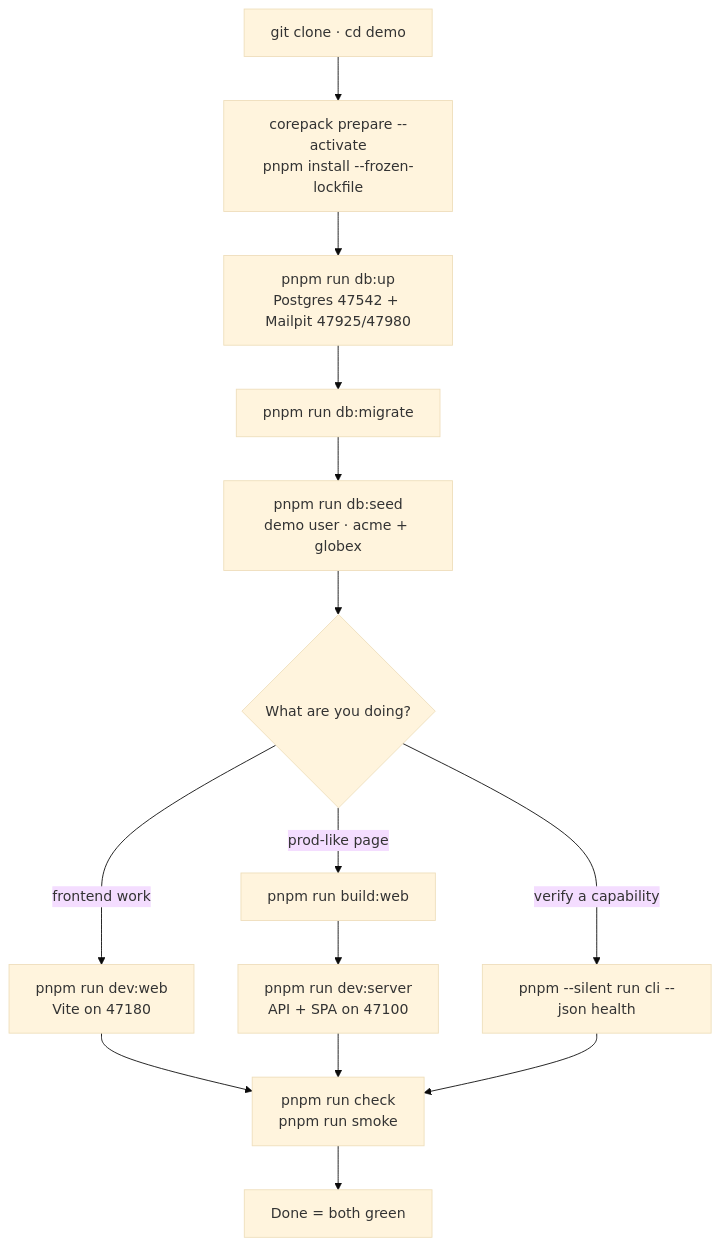
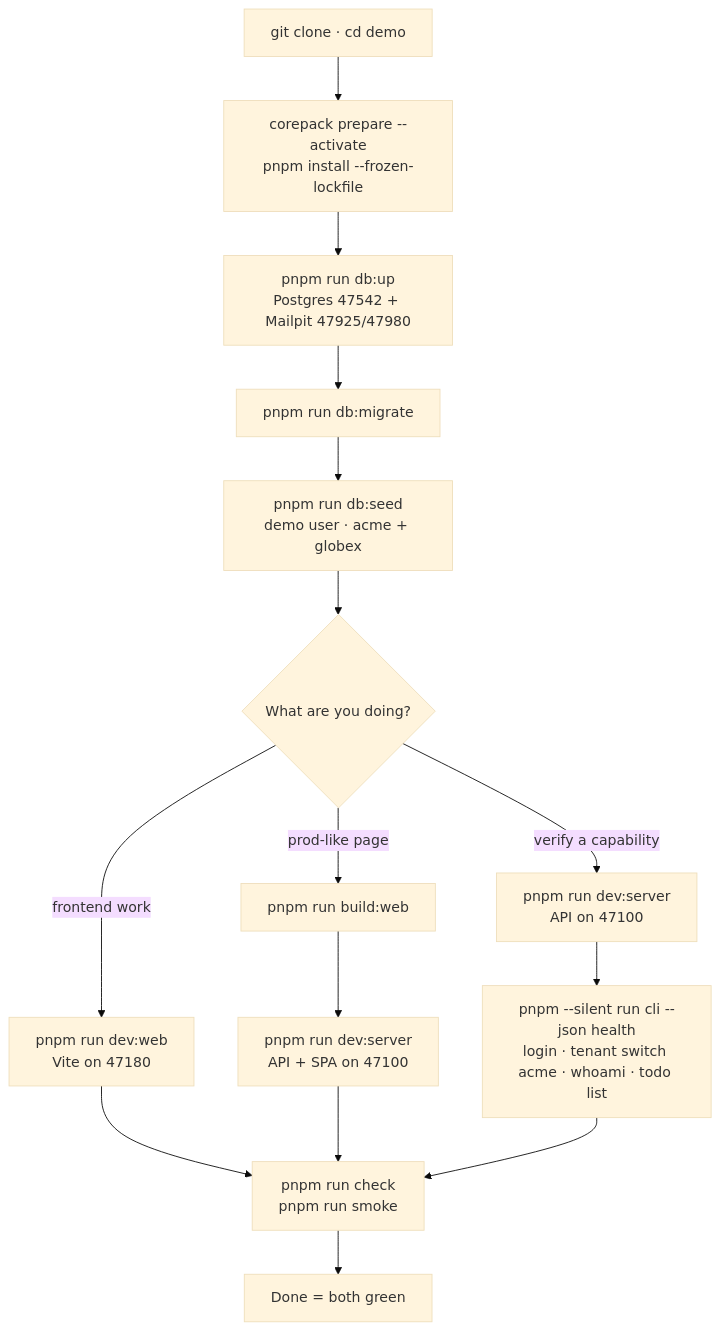
One commit to chomamateusz/agentproofarch changed the diagram in website/docs/start/quickstart.md. Above: the diagram before and after it, drawn with Mermaid (base theme). The commit also changed other lines of this file and 10 other files, not shown here.

````diff
--- a/website/docs/start/quickstart.md
+++ b/website/docs/start/quickstart.md
@@ -228,16 +258,17 @@
 ```mermaid
 flowchart TD
   clone["git clone · cd demo"] --> install["corepack prepare --activate<br/>pnpm install --frozen-lockfile"]
   install --> up["pnpm run db:up<br/>Postgres 47542 + Mailpit 47925/47980"]
   up --> migrate["pnpm run db:migrate"]
   migrate --> seed["pnpm run db:seed<br/>demo user · acme + globex"]
   seed --> choose{"What are you doing?"}
   choose -->|"frontend work"| devweb["pnpm run dev:web<br/>Vite on 47180"]
   choose -->|"prod-like page"| build["pnpm run build:web"]
   build --> devserver["pnpm run dev:server<br/>API + SPA on 47100"]
-  choose -->|"verify a capability"| clihello["pnpm --silent run cli --json health"]
+  choose -->|"verify a capability"| cliserver["pnpm run dev:server<br/>API on 47100"]
+  cliserver --> clihello["pnpm --silent run cli --json health<br/>login · tenant switch acme · whoami · todo list"]
   devweb --> gates
   devserver --> gates
   clihello --> gates
   gates["pnpm run check<br/>pnpm run smoke"] --> done["Done = both green"]
 ```
````
